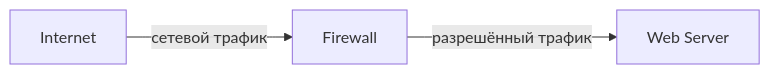
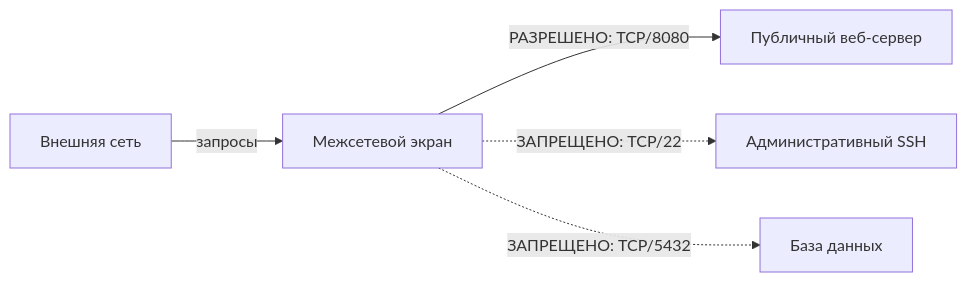
The first of 4 diagrams in docs/course/01-intro.md (11ndra/spvo), drawn with Mermaid before and after one commit. The commit also changed other lines of this file and 14 other files, not shown here.

````diff
--- a/docs/course/01-intro.md
+++ b/docs/course/01-intro.md
@@ -20,5 +20,7 @@
 ```mermaid
 flowchart LR
-    I[Internet] -->|сетевой трафик| F[Firewall]
-    F -->|разрешённый трафик| W[Web Server]
+    I[Внешняя сеть] -->|запросы| F[Межсетевой экран]
+    F -->|РАЗРЕШЕНО: TCP/8080| W[Публичный веб-сервер]
+    F -.->|ЗАПРЕЩЕНО: TCP/22| S[Административный SSH]
+    F -.->|ЗАПРЕЩЕНО: TCP/5432| D[База данных]
 ```
````
